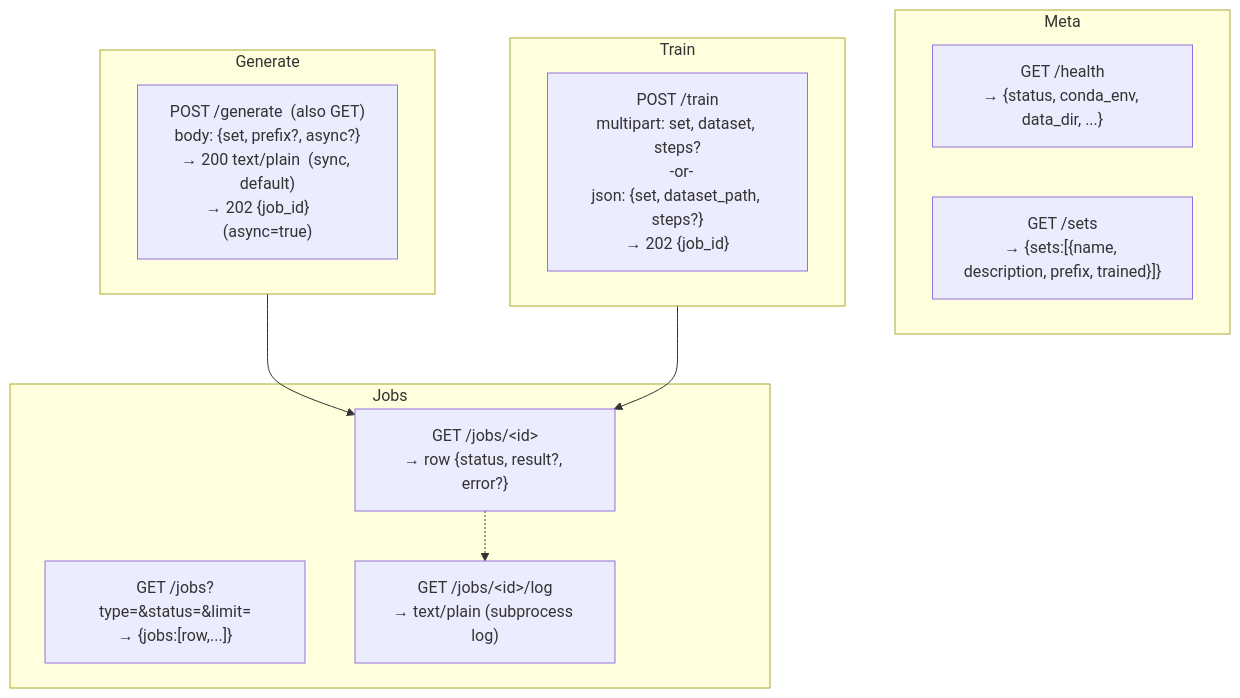
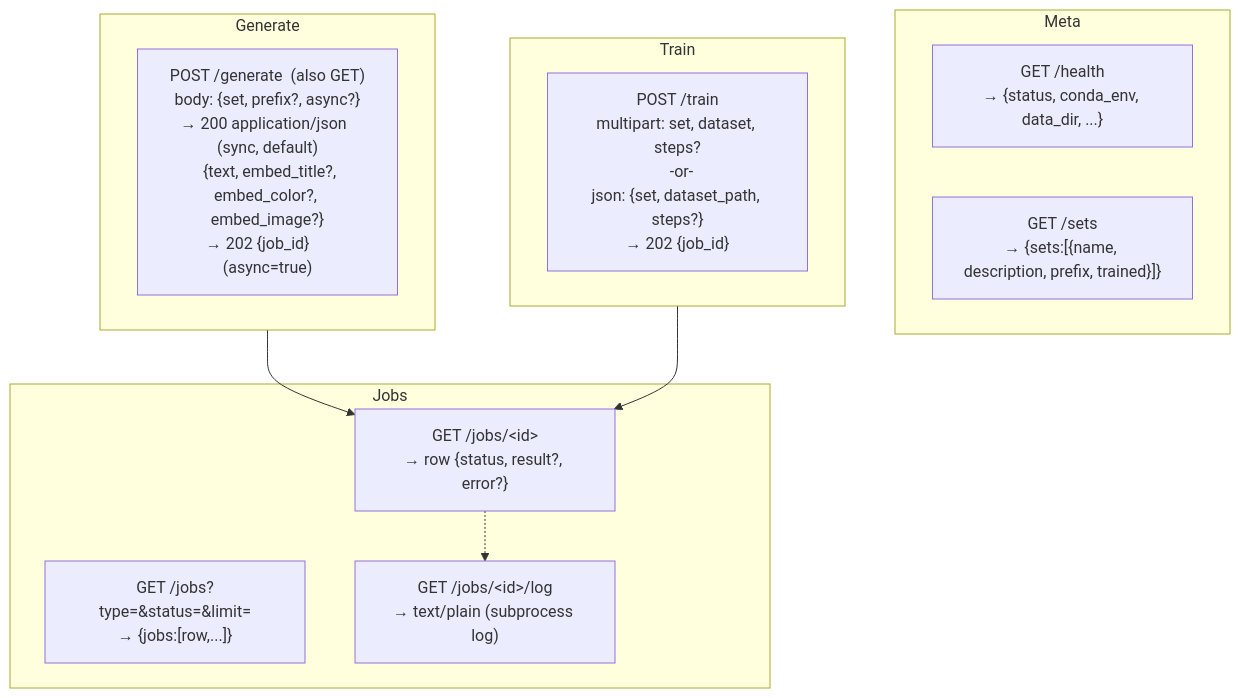
One commit to BrodyHarris14/discord_gptbot changed the third of 3 diagrams in README.md. Above: the diagram before and after it, drawn with Mermaid. The commit also changed other lines of this file, not shown here.

````diff
--- a/README.md
+++ b/README.md
@@ -110,28 +110,28 @@
 ```mermaid
 %% pseudo-swagger: a compact visual summary of the HTTP surface
 flowchart TB
     subgraph Meta["Meta"]
         H["GET /health\n→ {status, conda_env, data_dir, ...}"]
         S["GET /sets\n→ {sets:[{name, description, prefix, trained}]}"]
     end
 
     subgraph Gen["Generate"]
-        G["POST /generate  (also GET)\nbody: {set, prefix?, async?}\n→ 200 text/plain  (sync, default)\n→ 202 {job_id}     (async=true)"]
+        G["POST /generate  (also GET)\nbody: {set, prefix?, async?}\n→ 200 application/json  (sync, default)\n  {text, embed_title?, embed_color?, embed_image?}\n→ 202 {job_id}     (async=true)"]
     end
 
     subgraph Train["Train"]
         T["POST /train\nmultipart: set, dataset, steps?\n  -or-\njson: {set, dataset_path, steps?}\n→ 202 {job_id}"]
     end
 
     subgraph Jobs["Jobs"]
         JL["GET /jobs?type=&status=&limit=\n→ {jobs:[row,...]}"]
         JG["GET /jobs/&lt;id&gt;\n→ row {status, result?, error?}"]
         JLog["GET /jobs/&lt;id&gt;/log\n→ text/plain (subprocess log)"]
     end
 
     Meta
     Gen --> JG
     Train --> JG
     JG -.-> JLog
     JL
 ```
````
